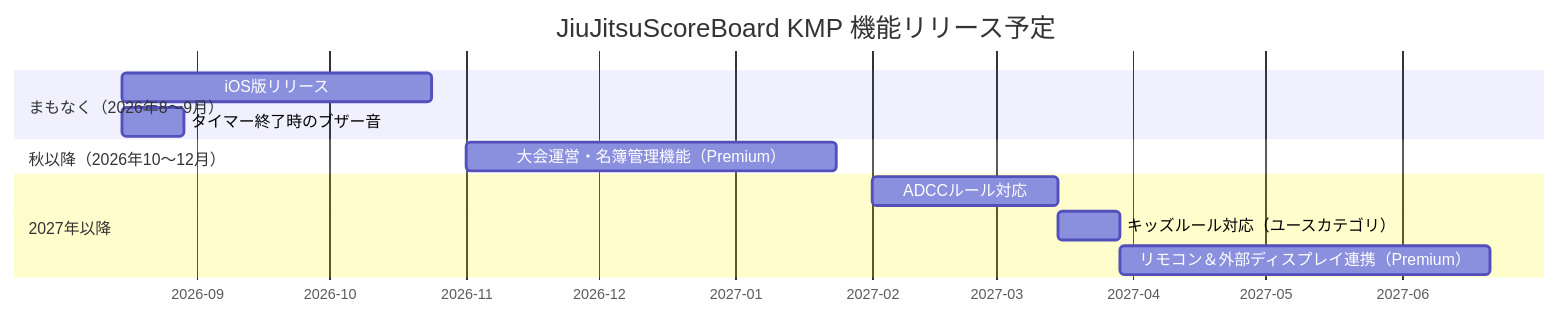
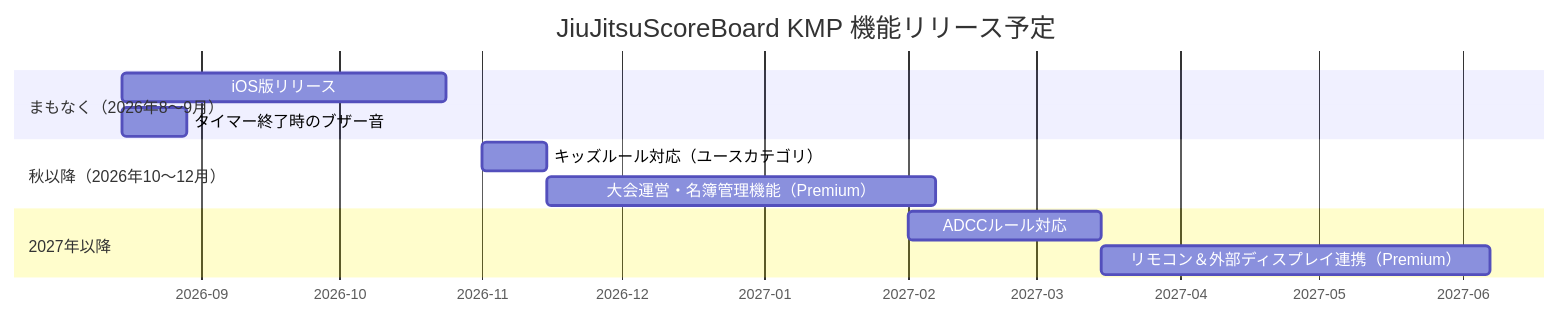
One commit to kusakabe-dev/kusakabe-dev.github.io changed the diagram in blog/2026-08-09-user-roadmap.md. Above: the diagram before and after it, drawn with Mermaid.

Commit message:
blog: bump kids rules to fall 2026

````diff
--- a/blog/2026-08-09-user-roadmap.md
+++ b/blog/2026-08-09-user-roadmap.md
@@ -15,18 +15,18 @@
 ```mermaid
 gantt
     title JiuJitsuScoreBoard KMP 機能リリース予定
     dateFormat  YYYY-MM-DD
     axisFormat  %Y-%m
 
     section まもなく（2026年8〜9月）
     iOS版リリース                    :s1, 2026-08-15, 10w
     タイマー終了時のブザー音            :a1, 2026-08-15, 2w
 
     section 秋以降（2026年10〜12月）
-    大会運営・名簿管理機能（Premium）    :c1, 2026-11-01, 12w
+    キッズルール対応（ユースカテゴリ） :c1, 2026-11-01, 2w
+    大会運営・名簿管理機能（Premium）    :c2, after c1, 12w
 
     section 2027年以降
     ADCCルール対応                   :b1, 2027-02-01, 6w
-    キッズルール対応（ユースカテゴリ） :b2, after b1, 2w
-    リモコン＆外部ディスプレイ連携（Premium） :d1, after b2, 12w
+    リモコン＆外部ディスプレイ連携（Premium） :d1, after b1, 12w
 ```
````
